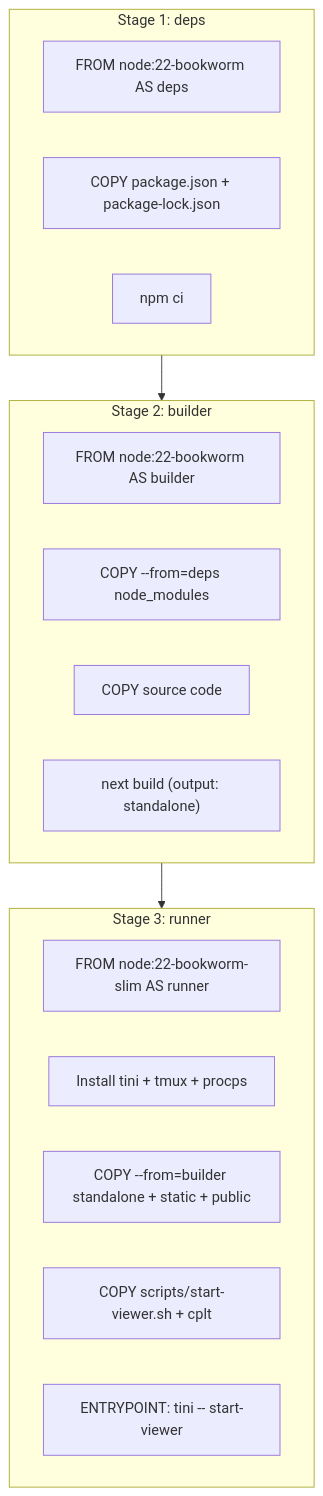
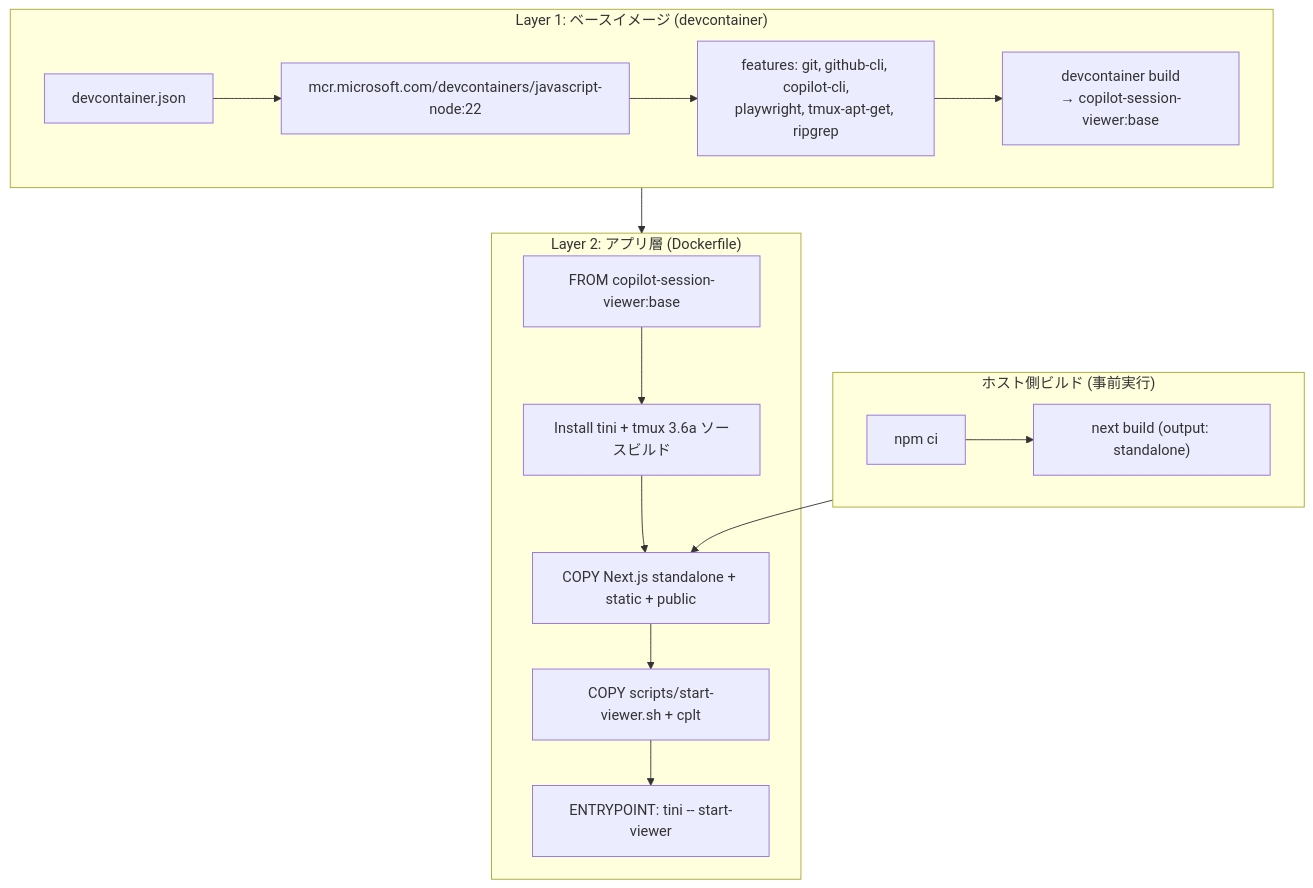
The seventh of 8 diagrams in docs/copilot-session-viewer/design/04_process-flow-design.md (NagasakaH/dev-process), drawn with Mermaid before and after one commit. The commit also changed other lines of this file and 5 other files, not shown here.

First line of the commit message:
docs: update design to devcontainer base + app layer 2-tier architecture

````diff
--- a/docs/copilot-session-viewer/design/04_process-flow-design.md
+++ b/docs/copilot-session-viewer/design/04_process-flow-design.md
@@ -239,25 +239,28 @@
 ```mermaid
 flowchart TD
-    subgraph Stage1["Stage 1: deps"]
-        A[FROM node:22-bookworm AS deps]
-        B[COPY package.json + package-lock.json]
-        C[npm ci]
+    subgraph Layer1["Layer 1: ベースイメージ (devcontainer)"]
+        A["devcontainer.json"]
+        B["mcr.microsoft.com/devcontainers/javascript-node:22"]
+        C["features: git, github-cli, copilot-cli,<br/>playwright, tmux-apt-get, ripgrep"]
+        D["devcontainer build<br/>→ copilot-session-viewer:base"]
+        A --> B --> C --> D
     end
 
-    subgraph Stage2["Stage 2: builder"]
-        D[FROM node:22-bookworm AS builder]
-        E[COPY --from=deps node_modules]
-        F[COPY source code]
-        G["next build (output: standalone)"]
+    subgraph Layer2["Layer 2: アプリ層 (Dockerfile)"]
+        E["FROM copilot-session-viewer:base"]
+        F["Install tini + tmux 3.6a ソースビルド"]
+        G["COPY Next.js standalone + static + public"]
+        H["COPY scripts/start-viewer.sh + cplt"]
+        I["ENTRYPOINT: tini -- start-viewer"]
+        E --> F --> G --> H --> I
     end
 
-    subgraph Stage3["Stage 3: runner"]
-        H[FROM node:22-bookworm-slim AS runner]
-        I[Install tini + tmux + procps]
-        J[COPY --from=builder standalone + static + public]
-        K[COPY scripts/start-viewer.sh + cplt]
-        L["ENTRYPOINT: tini -- start-viewer"]
+    subgraph HostBuild["ホスト側ビルド (事前実行)"]
+        J["npm ci"]
+        K["next build (output: standalone)"]
+        J --> K
     end
 
-    Stage1 --> Stage2 --> Stage3
+    Layer1 --> Layer2
+    HostBuild --> G
 ```
````
